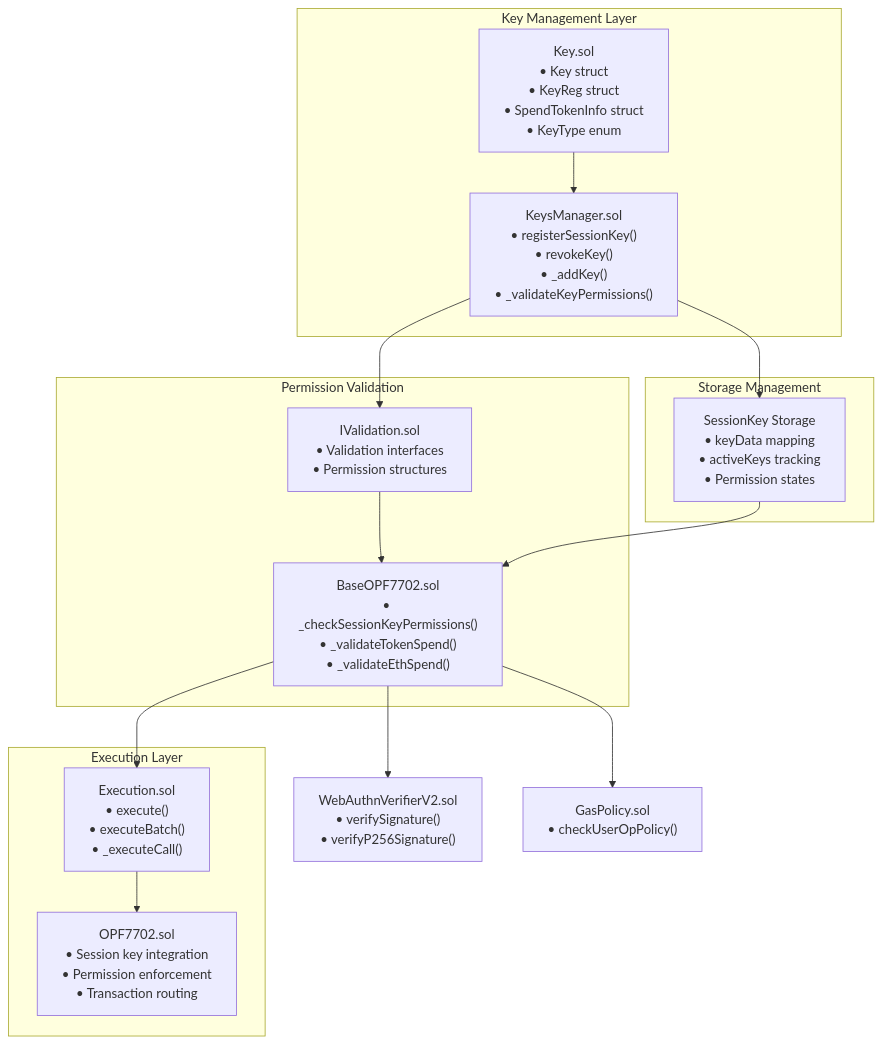
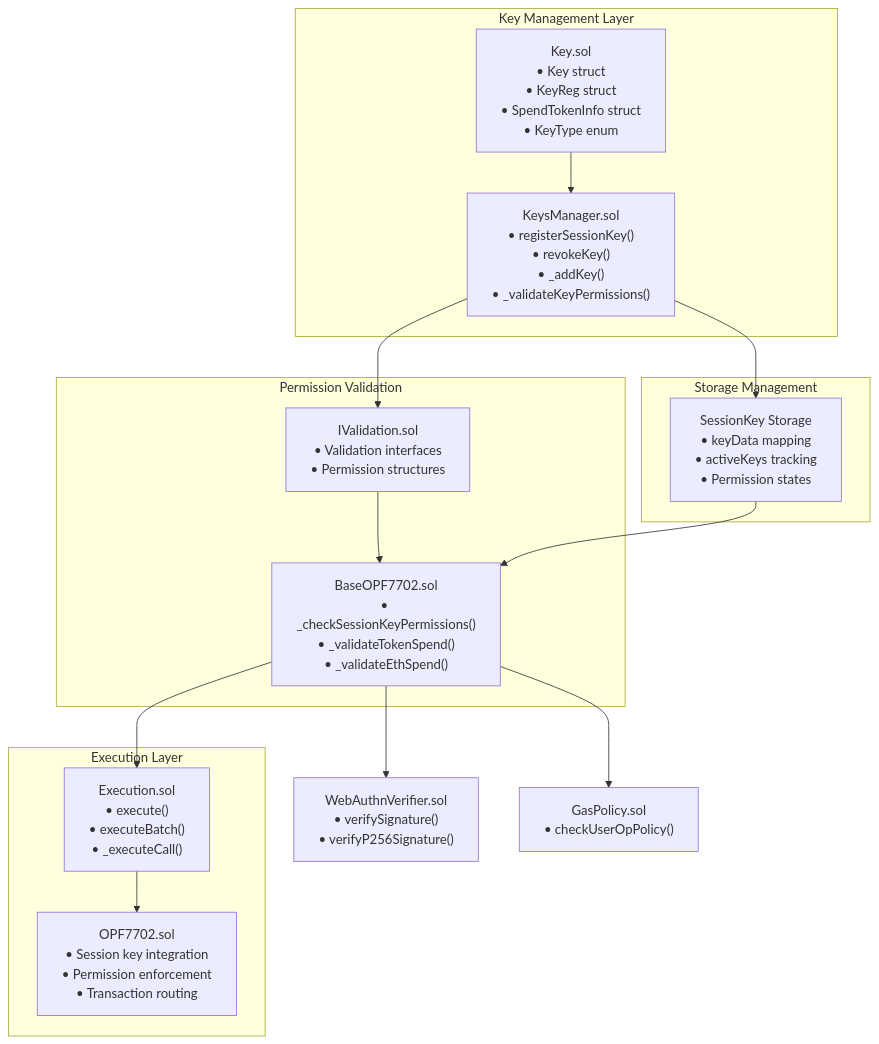
Before and after one commit to openfort-xyz/openfort-7702-account: the first of 8 diagrams in docs/SessionKeys.md, drawn with Mermaid.

Commit message:
(fix) SessionKeys.md

````diff
--- a/docs/SessionKeys.md
+++ b/docs/SessionKeys.md
@@ -22,39 +22,39 @@
 ```mermaid
 flowchart TD
     subgraph "Key Management Layer"
         KeyStructures["Key.sol<br/>• Key struct<br/>• KeyReg struct<br/>• SpendTokenInfo struct<br/>• KeyType enum"]
         KeysManager["KeysManager.sol<br/>• registerSessionKey()<br/>• revokeKey()<br/>• _addKey()<br/>• _validateKeyPermissions()"]
     end
     
     subgraph "Permission Validation"
         ValidationCore["IValidation.sol<br/>• Validation interfaces<br/>• Permission structures"]
         PermissionChecks["BaseOPF7702.sol<br/>• _checkSessionKeyPermissions()<br/>• _validateTokenSpend()<br/>• _validateEthSpend()"]
     end
     
     subgraph "Storage Management"
         SessionKeyData["SessionKey Storage<br/>• keyData mapping<br/>• activeKeys tracking<br/>• Permission states"]
     end
     
     subgraph "Execution Layer"
         ExecutionEngine["Execution.sol<br/>• execute()<br/>• executeBatch()<br/>• _executeCall()"]
         MainAccount["OPF7702.sol<br/>• Session key integration<br/>• Permission enforcement<br/>• Transaction routing"]
     end
 
     %% Separate components
-    WebAuthnVerifier["WebAuthnVerifierV2.sol<br/>• verifySignature()<br/>• verifyP256Signature()"]
+    WebAuthnVerifier["WebAuthnVerifier.sol<br/>• verifySignature()<br/>• verifyP256Signature()"]
     GasPolicy["GasPolicy.sol<br/>• checkUserOpPolicy()"]
 
     %% Flow connections
     KeyStructures --> KeysManager
     KeysManager --> ValidationCore
     KeysManager --> SessionKeyData
     
     ValidationCore --> PermissionChecks
     SessionKeyData --> PermissionChecks
     
     PermissionChecks --> WebAuthnVerifier
     PermissionChecks --> GasPolicy
     PermissionChecks --> ExecutionEngine
     
     ExecutionEngine --> MainAccount
 ```
````
